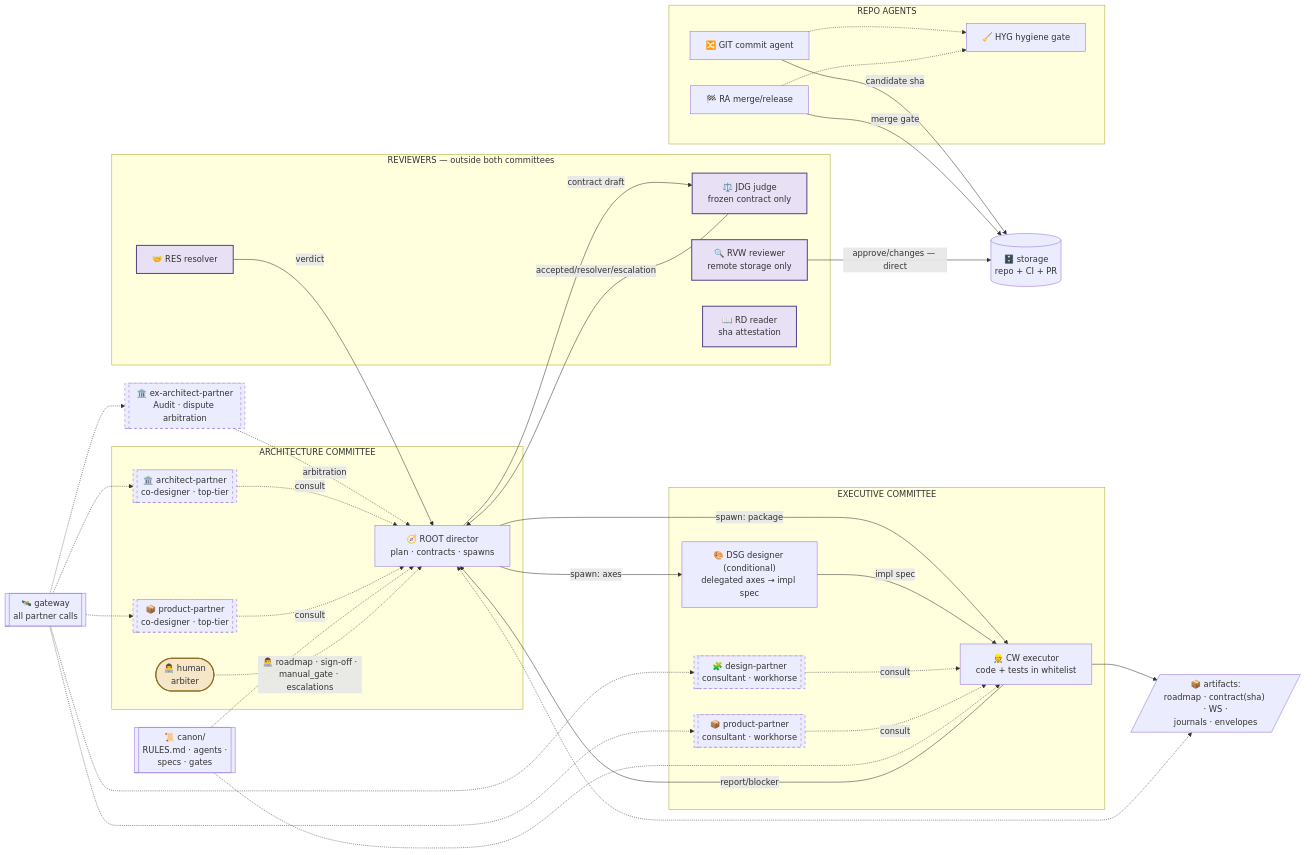
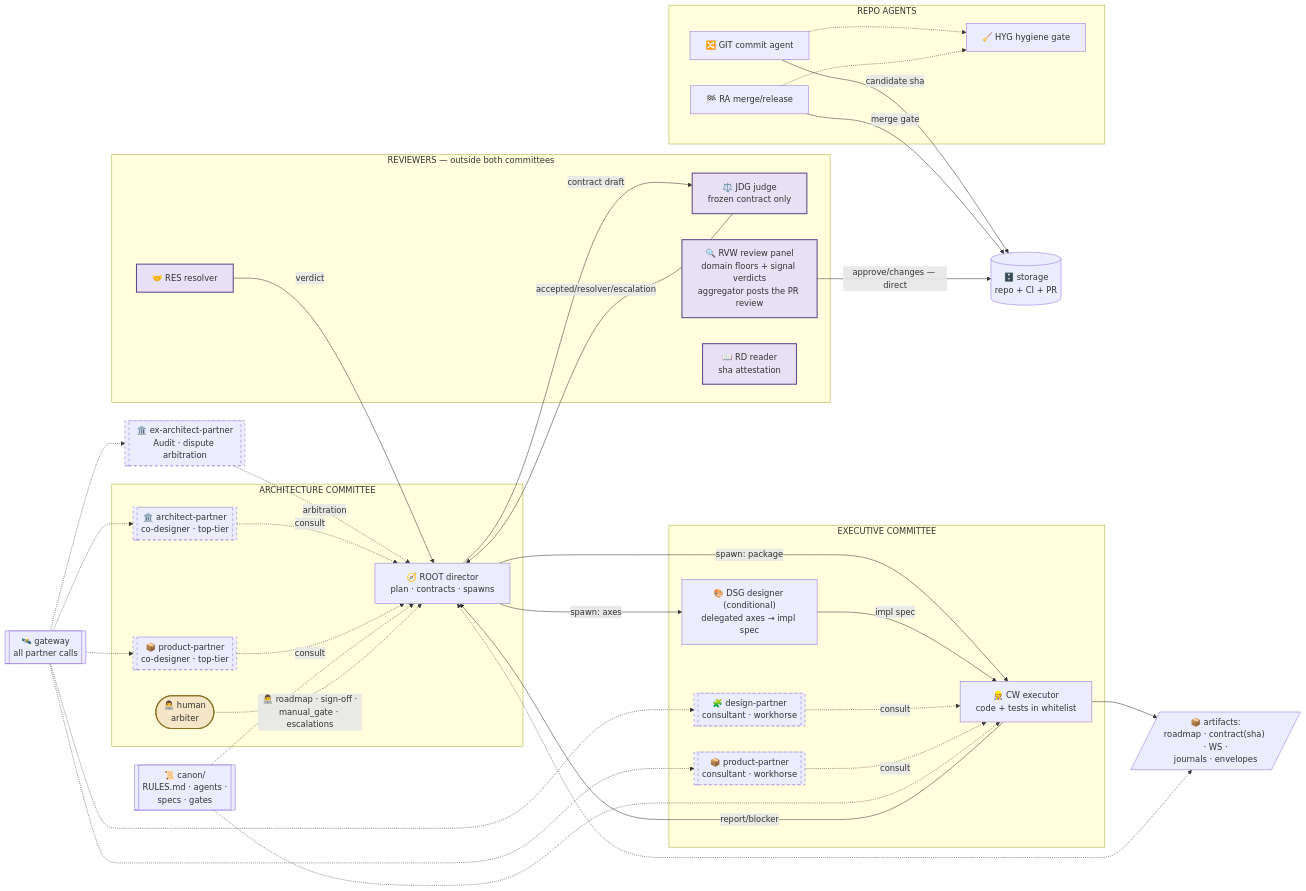
Before and after one commit to ychetka/CCSDD: the diagram in docs/en/diagrams/cycle_structure.mmd, drawn with Mermaid. The commit also changed 34 other files, not shown here.

```diff
--- a/docs/en/diagrams/cycle_structure.mmd
+++ b/docs/en/diagrams/cycle_structure.mmd
@@ -1,65 +1,65 @@
 flowchart LR
   subgraph COM1["ARCHITECTURE COMMITTEE"]
     ROOT["🧭 ROOT director<br/>plan · contracts · spawns"]
     AP[["🏛️ architect-partner<br/>co-designer · top-tier"]]
     PPA[["📦 product-partner<br/>co-designer · top-tier"]]
     DEV(["👨‍💻 human<br/>arbiter"])
   end
   subgraph COM2["EXECUTIVE COMMITTEE"]
     CW["👷 CW executor<br/>code + tests in whitelist"]
     DSG["🎨 DSG designer (conditional)<br/>delegated axes → impl spec"]
     DP[["🧩 design-partner<br/>consultant · workhorse"]]
     PPE[["📦 product-partner<br/>consultant · workhorse"]]
   end
   subgraph REV["REVIEWERS — outside both committees"]
     JDG["⚖️ JDG judge<br/>frozen contract only"]
-    RVW["🔍 RVW reviewer<br/>remote storage only"]
+    RVW["🔍 RVW review panel<br/>domain floors + signal verdicts<br/>aggregator posts the PR review"]
     RES["🤝 RES resolver"]
     RD["📖 RD reader<br/>sha attestation"]
   end
   subgraph REPOS["REPO AGENTS"]
     GIT["🔀 GIT commit agent"]
     RA["🏁 RA merge/release"]
     HYG["🧹 HYG hygiene gate"]
   end
 
   ART[/"📦 artifacts:<br/>roadmap · contract(sha) · WS ·<br/>journals · envelopes"/]
   REPO[("🗄️ storage<br/>repo + CI + PR")]
   GW[["🛰️ gateway<br/>all partner calls"]]
   XA[["🏛️ ex-architect-partner<br/>Audit · dispute arbitration"]]
   RULES[["📜 canon/<br/>RULES.md · agents ·<br/>specs · gates"]]
 
   ROOT -->|spawn: package| CW
   ROOT -->|spawn: axes| DSG
   ROOT -->|contract draft| JDG
   DSG -->|impl spec| CW
   CW -->|report/blocker| ROOT
   CW --> ART
   JDG -->|accepted/resolver/escalation| ROOT
   RVW -->|approve/changes — direct| REPO
   RES -->|verdict| ROOT
   GIT -->|candidate sha| REPO
   RA -->|merge gate| REPO
   GIT -.-> HYG
   RA -.-> HYG
   ROOT <-.-> ART
   GW -.-> AP
   GW -.-> PPA
   GW -.-> DP
   GW -.-> PPE
   GW -.-> XA
   XA -.->|arbitration| ROOT
   AP -.->|consult| ROOT
   PPA -.->|consult| ROOT
   DP -.->|consult| CW
   PPE -.->|consult| CW
   RULES -.-> ROOT
   RULES -.-> CW
   DEV -.->|👨‍💻 roadmap · sign-off ·<br/>manual_gate · escalations| ROOT
 
   classDef human fill:#f5e6c8,stroke:#8a6d1f,stroke-width:2px
   classDef rev fill:#e8e0f5,stroke:#5b4a8a,stroke-width:2px
   classDef partner stroke-dasharray:5 5
   class DEV human
   class JDG,RVW,RES,RD rev
   class AP,PPA,DP,PPE,XA partner
```
